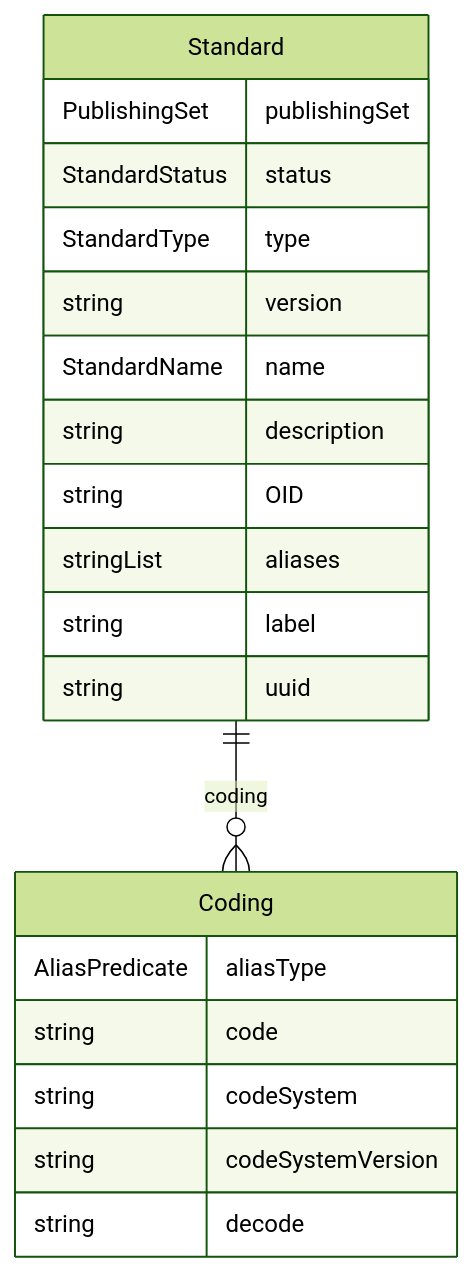
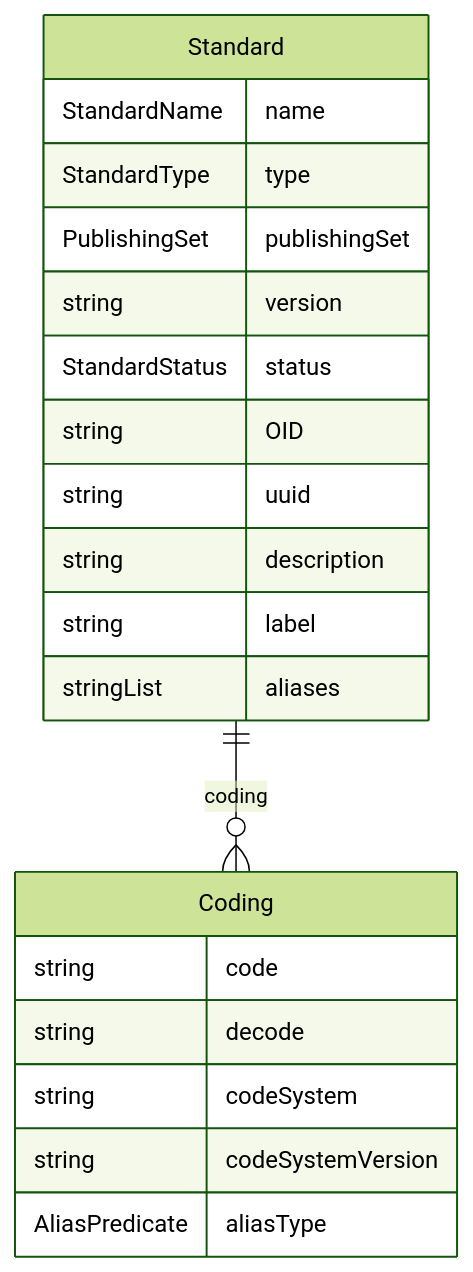
The diagram in docs/classes/Standard.md (cdisc-org/DataExchange-DDS), drawn with Mermaid (forest theme) before and after one commit. The commit also changed other lines of this file and 313 other files, not shown here.

````diff
--- a/docs/classes/Standard.md
+++ b/docs/classes/Standard.md
@@ -20,25 +15,25 @@
 ```mermaid
 erDiagram
+Standard {
+    StandardName name  
+    StandardType type  
+    PublishingSet publishingSet  
+    string version  
+    StandardStatus status  
+    string OID  
+    string uuid  
+    string description  
+    string label  
+    stringList aliases  
+}
 Coding {
-    AliasPredicate aliasType  
     string code  
+    string decode  
     string codeSystem  
     string codeSystemVersion  
-    string decode  
-}
-Standard {
-    PublishingSet publishingSet  
-    StandardStatus status  
-    StandardType type  
-    string version  
-    StandardName name  
-    string description  
-    string OID  
-    stringList aliases  
-    string label  
-    string uuid  
+    AliasPredicate aliasType  
 }
 
 Standard ||--}o Coding : "coding"
 
 ```
````
